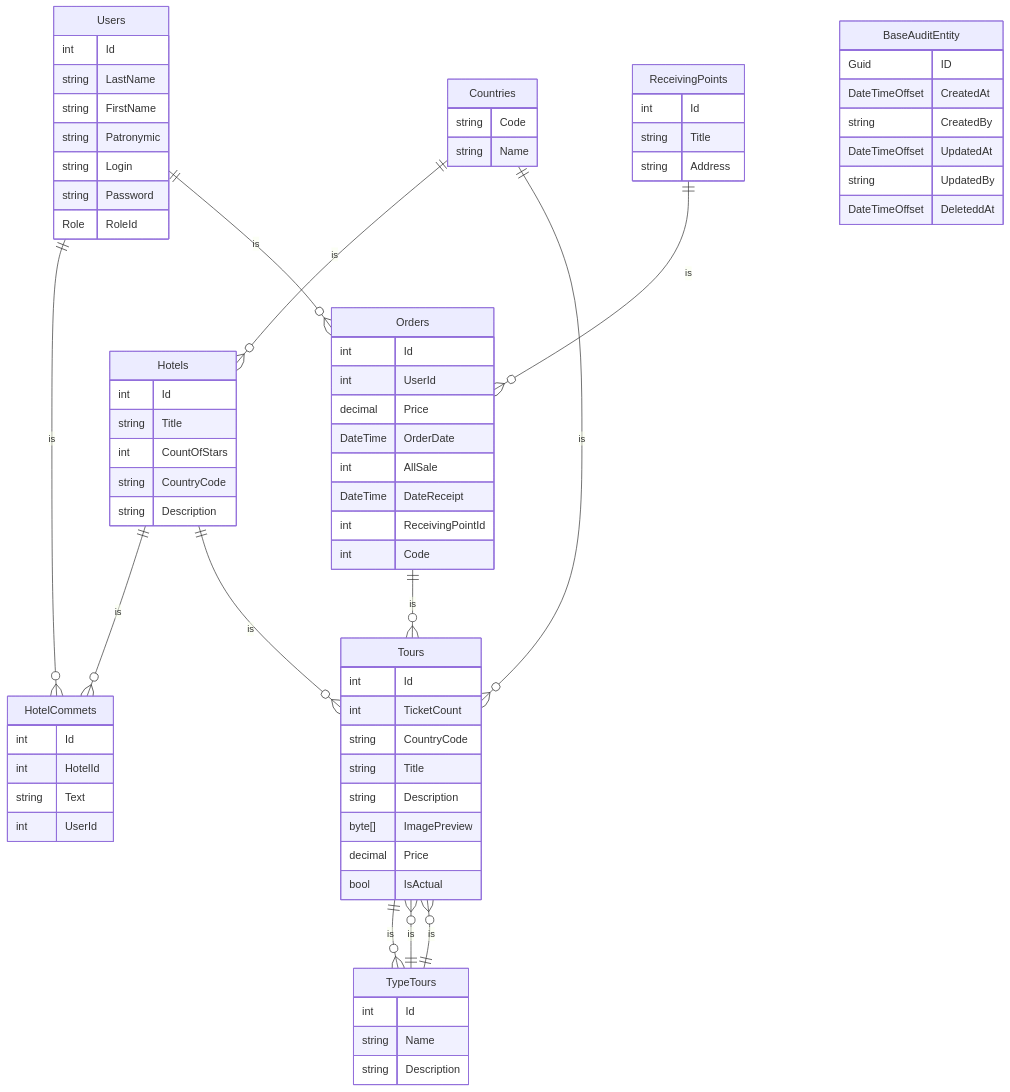
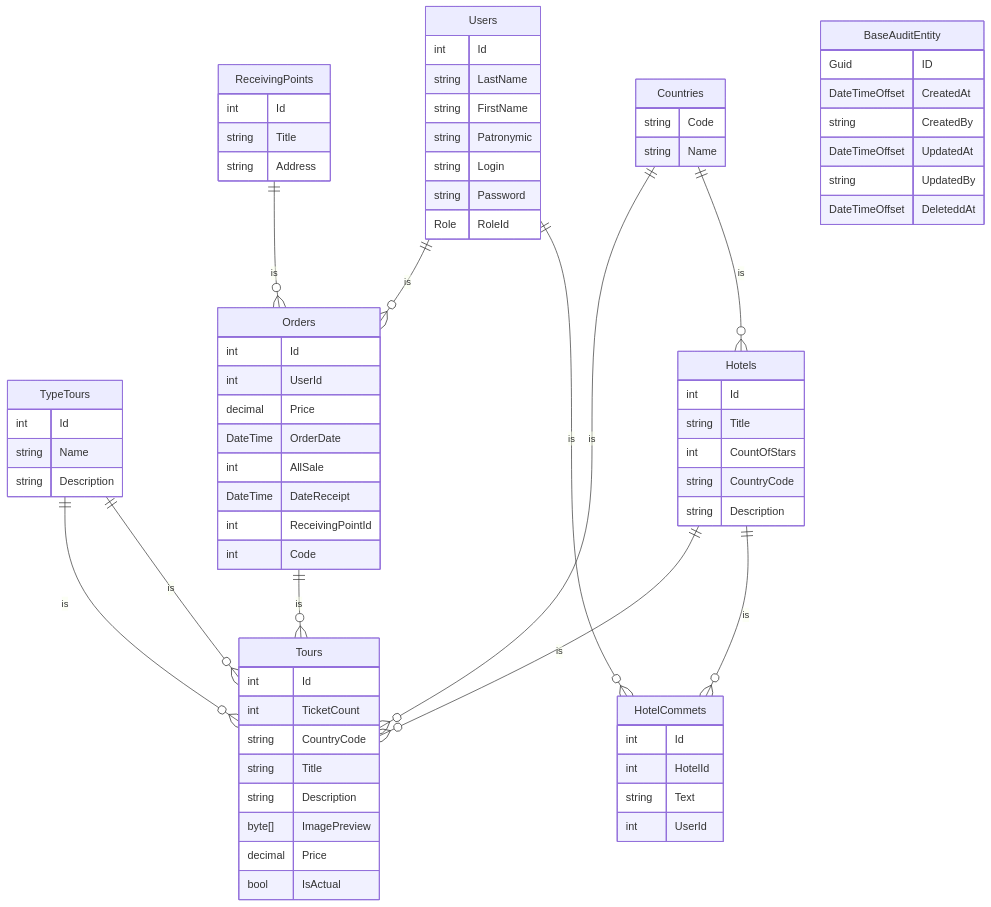
Before and after one commit to KlounFromRivia/ToursDemo: the diagram in README.md, drawn with Mermaid.

```diff
--- a/README.md
+++ b/README.md
@@ -72,7 +72,6 @@
     Countries ||--o{ Hotels: is
     Countries ||--o{ Tours: is
     TypeTours ||--o{ Tours: is
-    Tours ||--o{ TypeTours: is
     Hotels ||--o{ HotelCommets: is
     Users ||--o{ HotelCommets: is
     Users ||--o{ Orders: is
```
